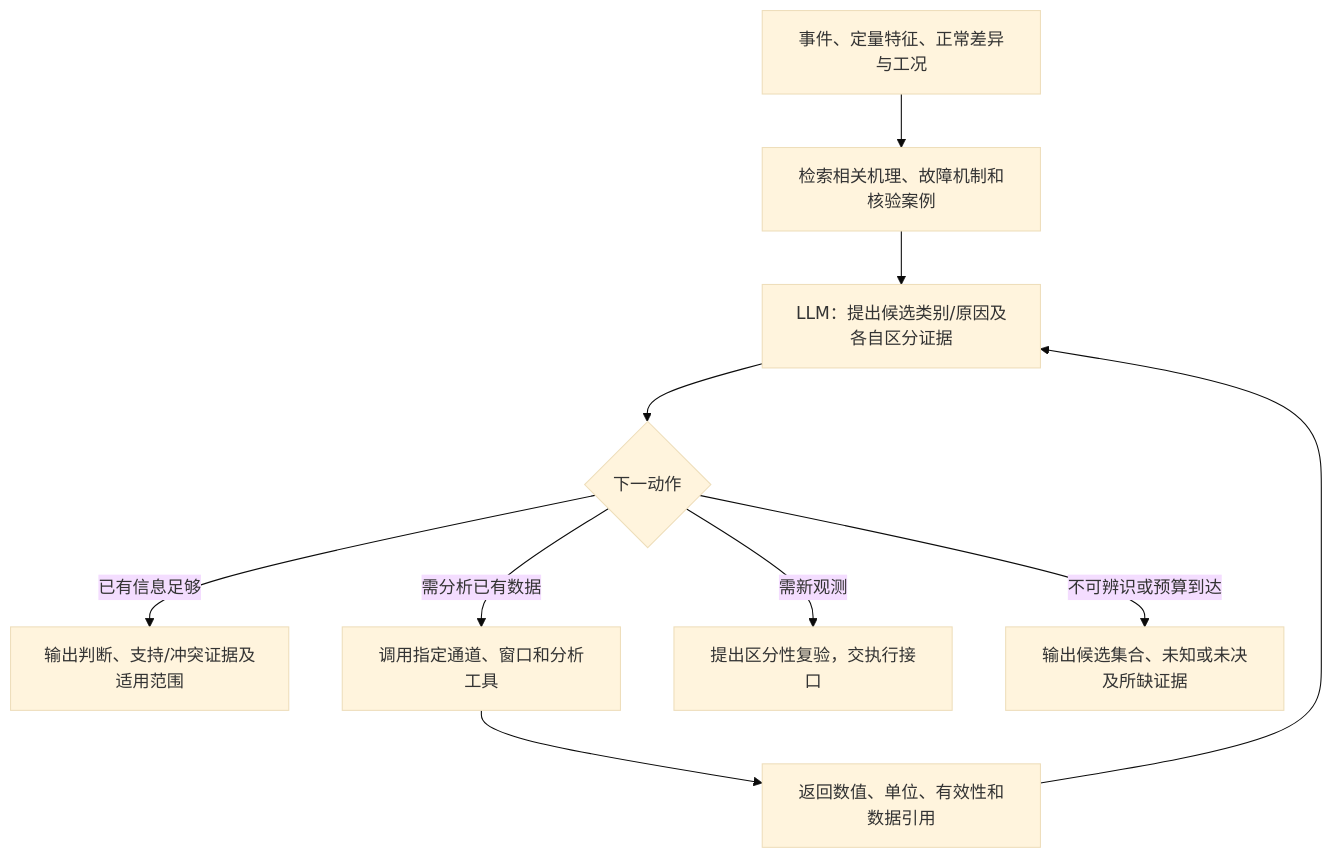
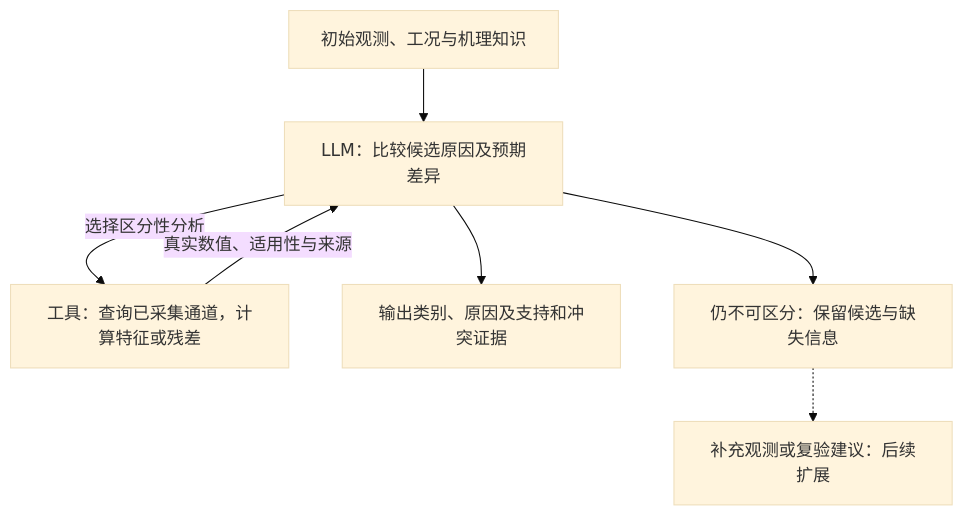
One commit to LYX2LK/Typhoon-HIL-lab-workflow changed the third of 3 diagrams in docs/research/2026-11-11-hil-ai-selection/technical-selection.md. Above: the diagram before and after it, drawn with Mermaid (base theme). The commit also changed other lines of this file and 3 other files, not shown here.

````diff
--- a/docs/research/2026-11-11-hil-ai-selection/technical-selection.md
+++ b/docs/research/2026-11-11-hil-ai-selection/technical-selection.md
@@ -235,12 +115,9 @@
 ```mermaid
 flowchart TD
-    A["事件、定量特征、正常差异与工况"] --> B["检索相关机理、故障机制和核验案例"]
-    B --> C["LLM：提出候选类别/原因及各自区分证据"]
-    C --> D{"下一动作"}
-    D -->|已有信息足够| O["输出判断、支持/冲突证据及适用范围"]
-    D -->|需分析已有数据| T["调用指定通道、窗口和分析工具"]
-    T --> V["返回数值、单位、有效性和数据引用"]
-    V --> C
-    D -->|需新观测| R["提出区分性复验，交执行接口"]
-    D -->|不可辨识或预算到达| U["输出候选集合、未知或未决及所缺证据"]
+    A["初始观测、工况与机理知识"] --> B["LLM：比较候选原因及预期差异"]
+    B -->|选择区分性分析| T["工具：查询已采集通道，计算特征或残差"]
+    T -->|真实数值、适用性与来源| B
+    B --> O["输出类别、原因及支持和冲突证据"]
+    B --> U["仍不可区分：保留候选与缺失信息"]
+    U -.-> R["补充观测或复验建议：后续扩展"]
 ```
````
